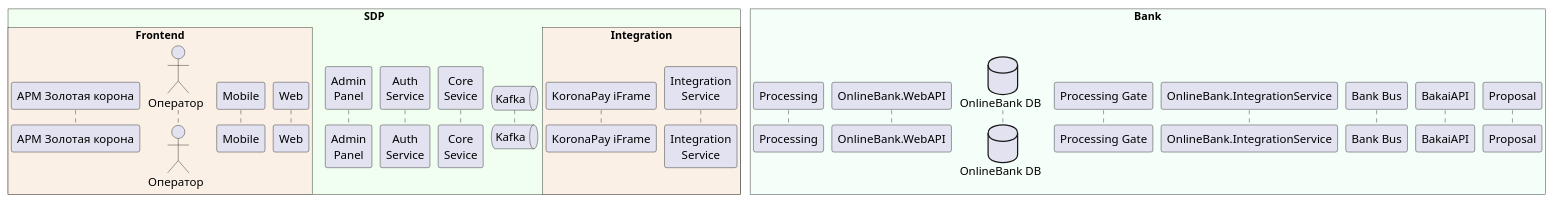
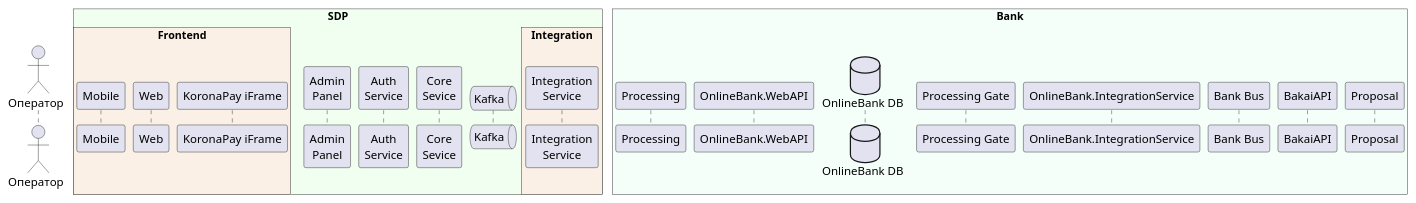
Before and after one commit to MIBtester/plantuml-styles: the diagram in sdp_participants.puml, drawn with PlantUML.

Commit message:
fix/move koronapay participant

```diff
--- a/sdp_participants.puml
+++ b/sdp_participants.puml
@@ -1,40 +1,38 @@
 @startuml
 !pragma teoz true
 
 actor Оператор as User order 10
 
 box "SDP" #HoneyDew
 
         box "Frontend" #Linen
             participant "Mobile" as Mobile order 20
             participant "Web" as Web order 25
-            participant "АРМ Золотая корона"
+            participant "KoronaPay iFrame" as ZK order 27
         end box
 
     participant "Admin\nPanel" as Admin order 30
     participant "Auth\nService" as Auth order 33
     participant "Core\nSevice" as Core order 42
     queue "Kafka" as Kafka order 63
 
       box "Integration" #Linen
-        participant "KoronaPay iFrame" as ZK order 80
         participant "Integration\nService" as Integration order 99
       end box
 
 end box
 
 box "Bank" #MintCream
 
     participant "Processing" as Processing order 100
     participant "OnlineBank.WebAPI" as WebAPI order 110
     database "OnlineBank DB" as OBDB order 120
     participant "Processing Gate" as Pgate order 130
     participant "OnlineBank.IntegrationService" as OBIS order 140
     participant "Bank Bus" as BankBus order 150
     participant "BakaiAPI" as BakaiAPI order 160
     participant "Proposal" as Proposal order 170
 
 end box
 
-
 @enduml
```
